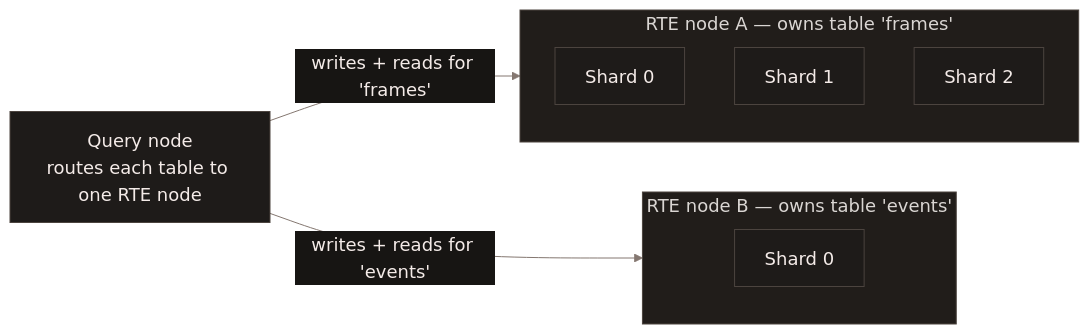
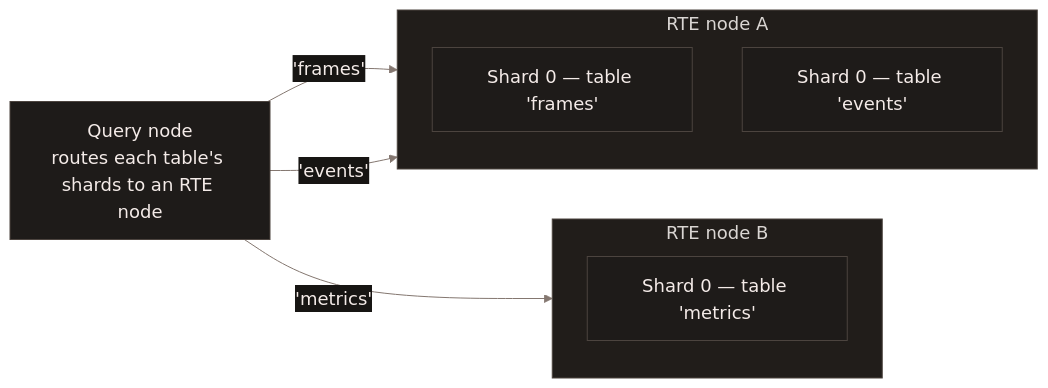
Before and after one commit to lancedb/lancedb: the first of 2 diagrams in docs/web/enterprise/distributed-real-time-write.mdx, drawn with Mermaid. The commit also changed other lines of this file and 4 other files, not shown here.

````diff
--- a/docs/web/enterprise/distributed-real-time-write.mdx
+++ b/docs/web/enterprise/distributed-real-time-write.mdx
@@ -33,26 +33,26 @@
 ```mermaid
 %%{init: {"theme": "base", "themeVariables": {
   "background": "#171513", "primaryColor": "#1e1b19", "primaryTextColor": "#f4ebe8",
   "primaryBorderColor": "#4c443f", "lineColor": "#847770", "textColor": "#f4ebe8",
   "clusterBkg": "#211d1a", "clusterBorder": "#4c443f", "edgeLabelBackground": "#171513",
   "fontFamily": "Inter, sans-serif", "fontSize": "18px"
 }}}%%
 flowchart LR
-    Q["Query node<br/>routes each table to one RTE node"]
+    Q["Query node<br/>routes each table's shards to an RTE node"]
 
-    subgraph W0["RTE node A — owns table 'frames'"]
+    subgraph W0["RTE node A"]
         direction TB
-        S0["Shard 0"]
-        S1["Shard 1"]
-        S2["Shard 2"]
+        S0["Shard 0 — table 'frames'"]
+        S1["Shard 0 — table 'events'"]
     end
 
-    subgraph W1["RTE node B — owns table 'events'"]
+    subgraph W1["RTE node B"]
         direction TB
-        S3["Shard 0"]
+        S2["Shard 0 — table 'metrics'"]
     end
 
-    Q -- "writes + reads for 'frames'" --> W0
-    Q -- "writes + reads for 'events'" --> W1
+    Q -- "'frames'" --> W0
+    Q -- "'events'" --> W0
+    Q -- "'metrics'" --> W1
     classDef default fill:#1e1b19,stroke:#4c443f,stroke-width:1px,color:#f4ebe8
 ```
````
